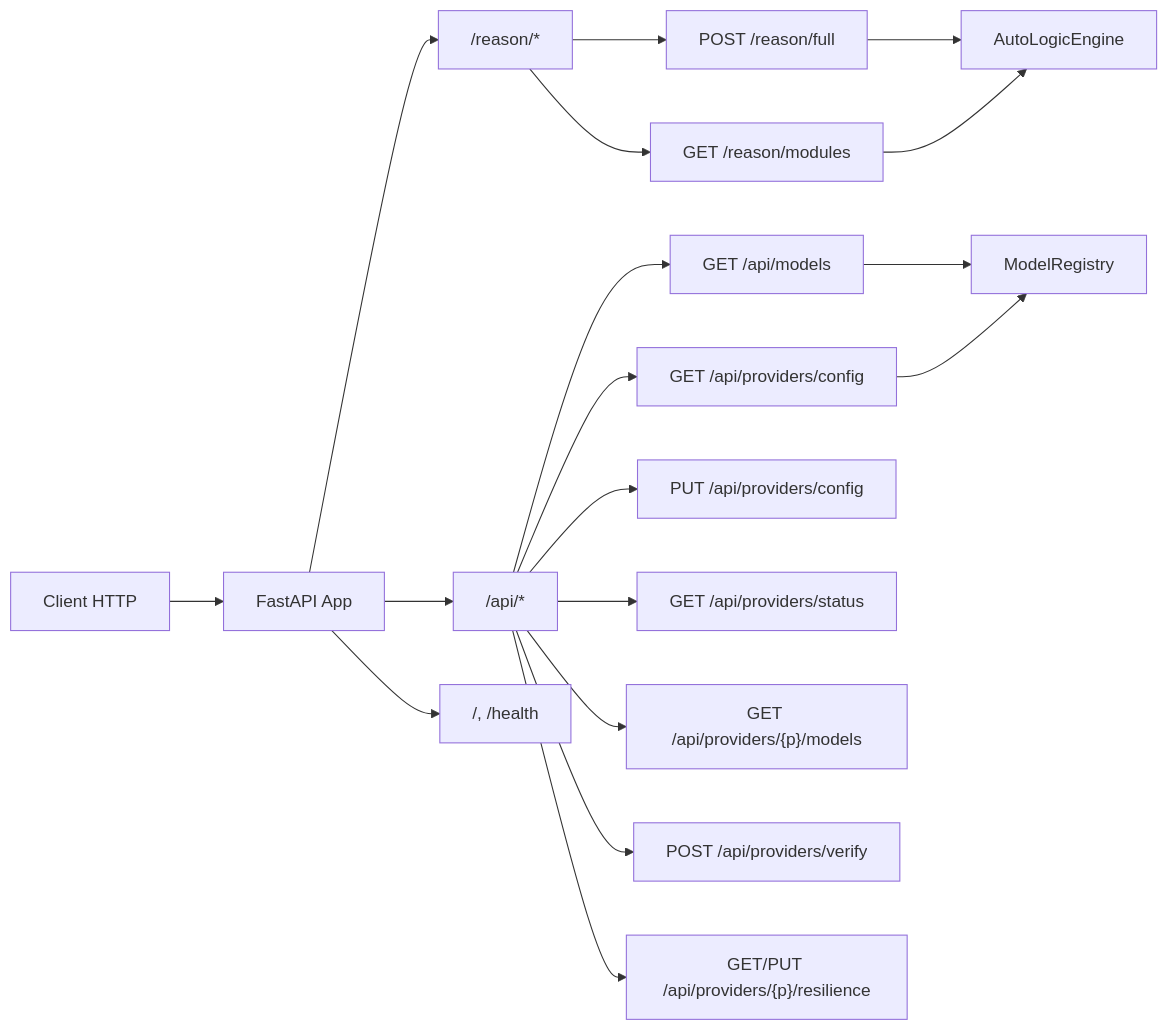
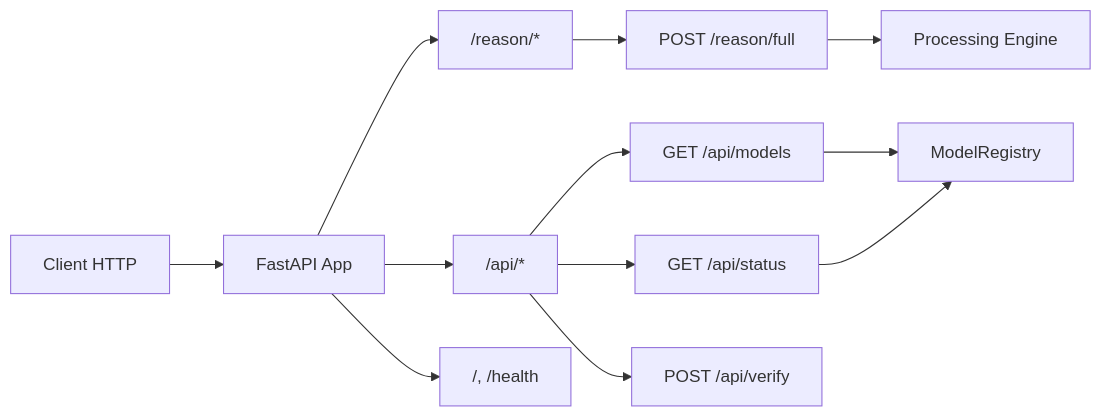
One commit to dagornc/Autologic changed the second of 2 diagrams in Doc/ARCHITECTURE.md. Above: the diagram before and after it, drawn with Mermaid. The commit also changed other lines of this file and 44 other files, not shown here.

````diff
--- a/Doc/ARCHITECTURE.md
+++ b/Doc/ARCHITECTURE.md
@@ -225,24 +96,17 @@
 ```mermaid
 graph LR
     Client[Client HTTP] --> API[FastAPI App]
     
     API --> R1["/reason/*"]
     API --> R2["/api/*"]
     API --> R3["/, /health"]
     
     R1 --> E1[POST /reason/full]
-    R1 --> E2[GET /reason/modules]
+    R2 --> E2[GET /api/models]
+    R2 --> E3[GET /api/status]
+    R2 --> E4[POST /api/verify]
     
-    R2 --> E3[GET /api/models]
-    R2 --> E4[GET /api/providers/config]
-    R2 --> E5[PUT /api/providers/config]
-    R2 --> E6[GET /api/providers/status]
-    R2 --> E7["GET /api/providers/{p}/models"]
-    R2 --> E8[POST /api/providers/verify]
-    R2 --> E9["GET/PUT /api/providers/{p}/resilience"]
-    
-    E1 --> Engine[AutoLogicEngine]
-    E2 --> Engine
-    E3 --> Registry[ModelRegistry]
-    E4 --> Registry
+    E1 --> Engine[Processing Engine]
+    E2 --> Registry[ModelRegistry]
+    E3 --> Registry
 ```
````
